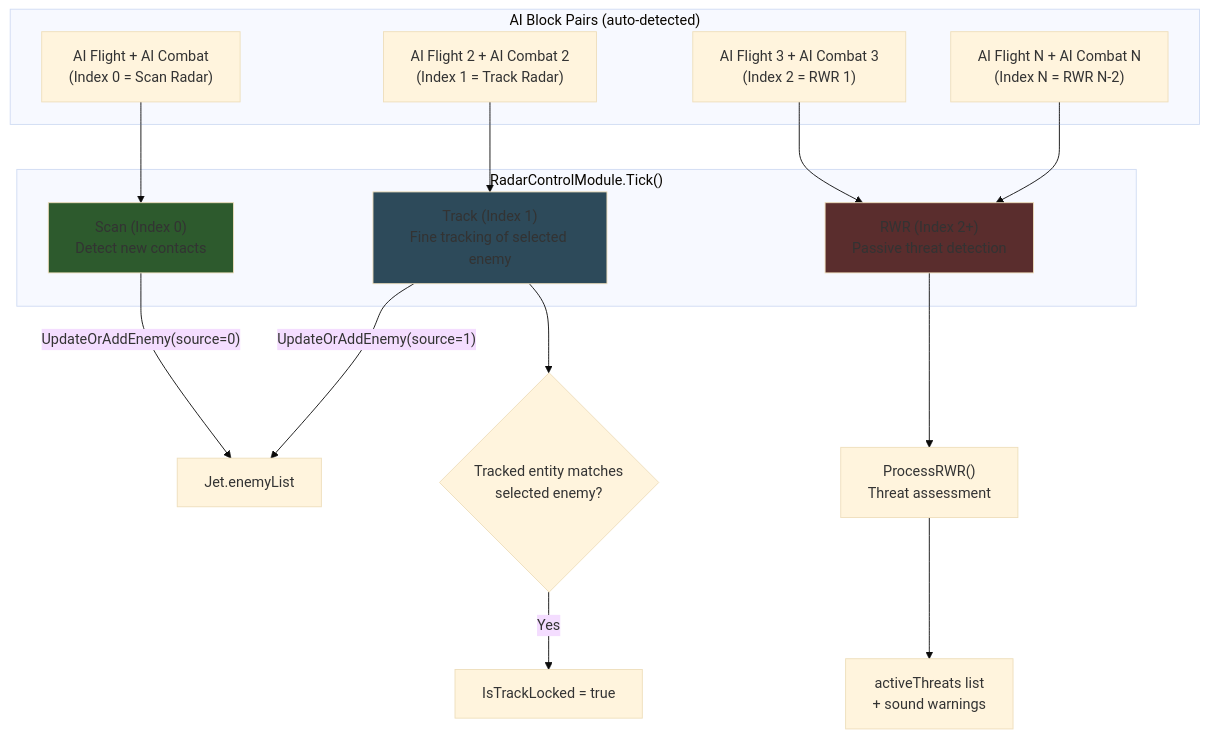
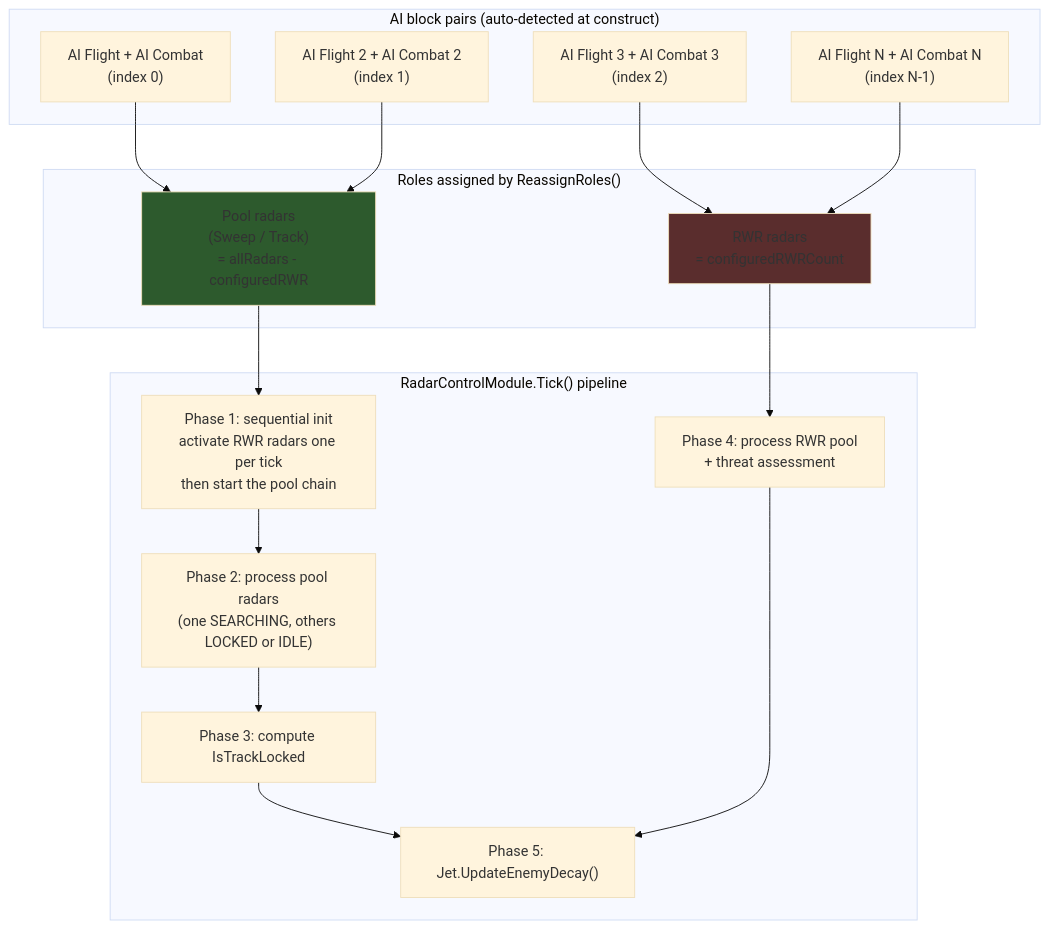
The first of 8 diagrams in docs/weapons.md (Terilia/JetOS), drawn with Mermaid (base theme) before and after one commit. The commit also changed other lines of this file and 23 other files, not shown here.

````diff
--- a/docs/weapons.md
+++ b/docs/weapons.md
@@ -7,32 +11,35 @@
 ```mermaid
 flowchart TD
-    subgraph Pairs ["AI Block Pairs (auto-detected)"]
-        P0["AI Flight + AI Combat\n(Index 0 = Scan Radar)"]
-        P1["AI Flight 2 + AI Combat 2\n(Index 1 = Track Radar)"]
-        P2["AI Flight 3 + AI Combat 3\n(Index 2 = RWR 1)"]
-        P3["AI Flight N + AI Combat N\n(Index N = RWR N-2)"]
+    subgraph Pairs ["AI block pairs (auto-detected at construct)"]
+        P1["AI Flight + AI Combat<br/>(index 0)"]
+        P2["AI Flight 2 + AI Combat 2<br/>(index 1)"]
+        P3["AI Flight 3 + AI Combat 3<br/>(index 2)"]
+        PN["AI Flight N + AI Combat N<br/>(index N-1)"]
     end
 
-    subgraph RCM ["RadarControlModule.Tick()"]
-        SCAN["Scan (Index 0)\nDetect new contacts"]
-        TRACK["Track (Index 1)\nFine tracking of selected enemy"]
-        RWR["RWR (Index 2+)\nPassive threat detection"]
+    subgraph Roles ["Roles assigned by ReassignRoles()"]
+        POOL["Pool radars<br/>(Sweep / Track)<br/>= allRadars - configuredRWR"]
+        RWR["RWR radars<br/>= configuredRWRCount"]
     end
 
-    P0 --> SCAN
-    P1 --> TRACK
-    P2 --> RWR
+    subgraph SM ["RadarControlModule.Tick() pipeline"]
+        PHASE1["Phase 1: sequential init<br/>activate RWR radars one per tick<br/>then start the pool chain"]
+        PHASE2["Phase 2: process pool radars<br/>(one SEARCHING, others LOCKED or IDLE)"]
+        PHASE3["Phase 3: compute IsTrackLocked"]
+        PHASE4["Phase 4: process RWR pool<br/>+ threat assessment"]
+        PHASE5["Phase 5: Jet.UpdateEnemyDecay()"]
+    end
+
+    P1 --> POOL
+    P2 --> POOL
     P3 --> RWR
+    PN --> RWR
 
-    SCAN --> |"UpdateOrAddEnemy(source=0)"| EL["Jet.enemyList"]
-    TRACK --> |"UpdateOrAddEnemy(source=1)"| EL
-    TRACK --> LOCK{"Tracked entity matches\nselected enemy?"}
-    LOCK -- "Yes" --> LOCKED["IsTrackLocked = true"]
+    POOL --> PHASE1 --> PHASE2 --> PHASE3
+    RWR --> PHASE4
+    PHASE3 --> PHASE5
+    PHASE4 --> PHASE5
 
-    RWR --> THREAT["ProcessRWR()\nThreat assessment"]
-    THREAT --> WARNINGS["activeThreats list\n+ sound warnings"]
-
-    style SCAN fill:#2d5a2d
-    style TRACK fill:#2d4a5a
+    style POOL fill:#2d5a2d
     style RWR fill:#5a2d2d
 ```
````
